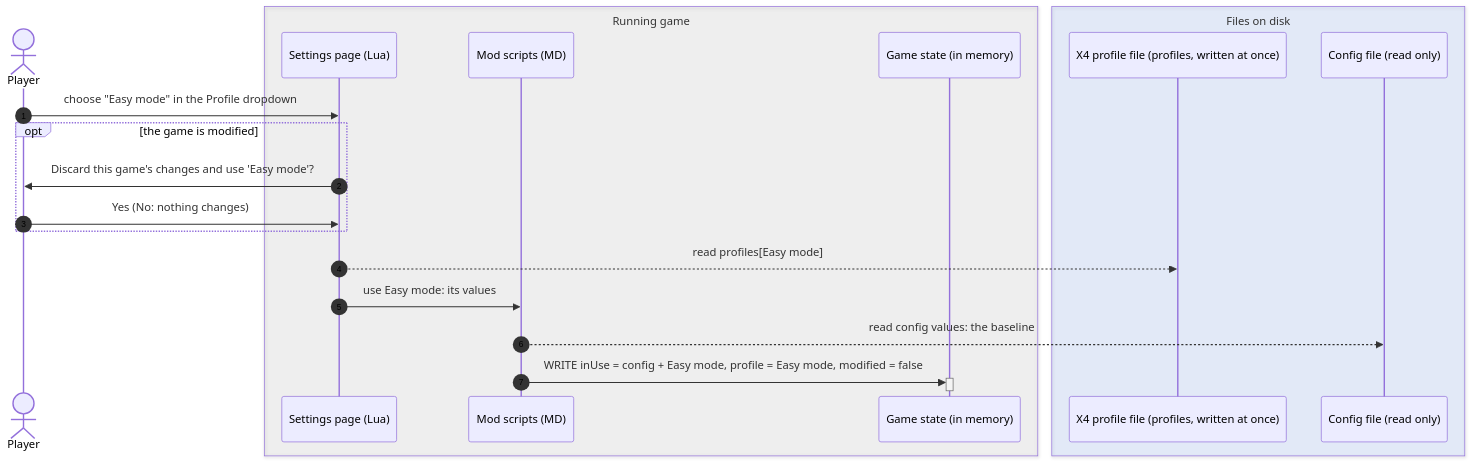
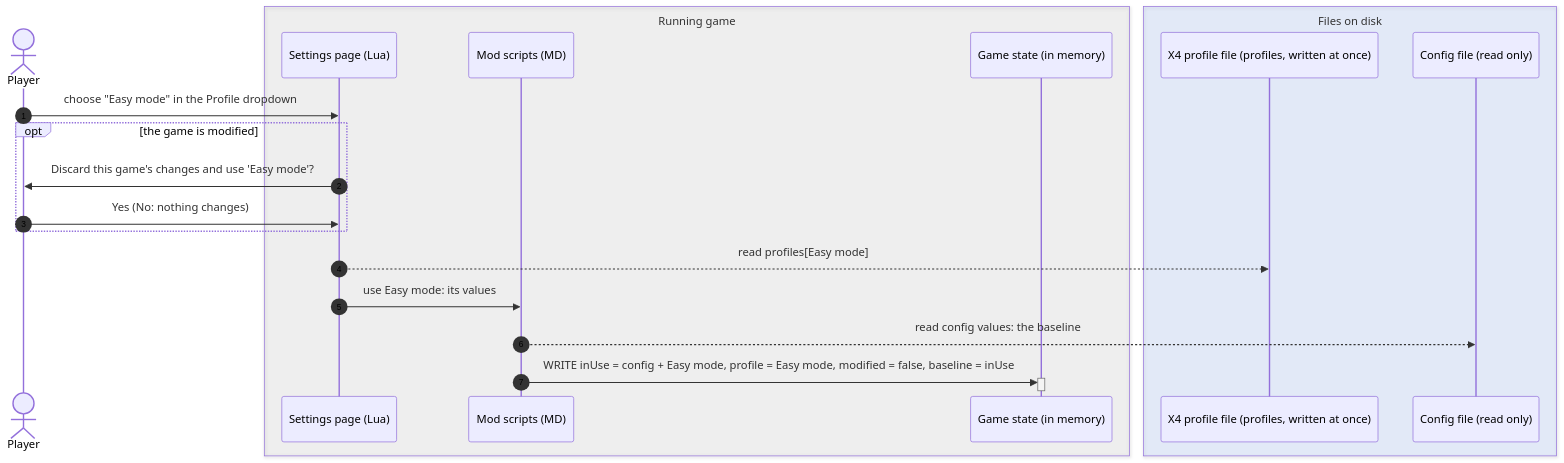
The seventh of 11 diagrams in docs/specs/settings-profiles-flows.md (ecarlste/x4-pirates-life-mod), drawn with Mermaid before and after one commit. The commit also changed other lines of this file and 10 other files, not shown here.

````diff
--- a/docs/specs/settings-profiles-flows.md
+++ b/docs/specs/settings-profiles-flows.md
@@ -541,26 +556,26 @@
 ```mermaid
 %%{init: {'themeVariables': {'sequenceNumberColor': '#000000'}, 'themeCSS': '[id$=sequencenumber] circle { fill: #ffffff } .sequenceNumber { fill: #000000 }'}}%%
 sequenceDiagram
     autonumber
     actor P as Player
     box rgba(150,150,150,0.10) Running game
     participant L as Settings page (Lua)
     participant M as Mod scripts (MD)
     participant G as Game state (in memory)
     end
     box rgba(80,140,255,0.12) Files on disk
     participant U as X4 profile file (profiles, written at once)
     participant C as Config file (read only)
     end
 
     P->>L: choose "Easy mode" in the Profile dropdown
     opt the game is modified
     L->>P: Discard this game's changes and use 'Easy mode'?
     P->>L: Yes (No: nothing changes)
     end
     L-->>U: read profiles[Easy mode]
     L->>M: use Easy mode: its values
     M-->>C: read config values: the baseline
-    M->>+G: WRITE inUse = config + Easy mode, profile = Easy mode, modified = false
+    M->>+G: WRITE inUse = config + Easy mode, profile = Easy mode, modified = false, baseline = inUse
     deactivate G
 ```
````
